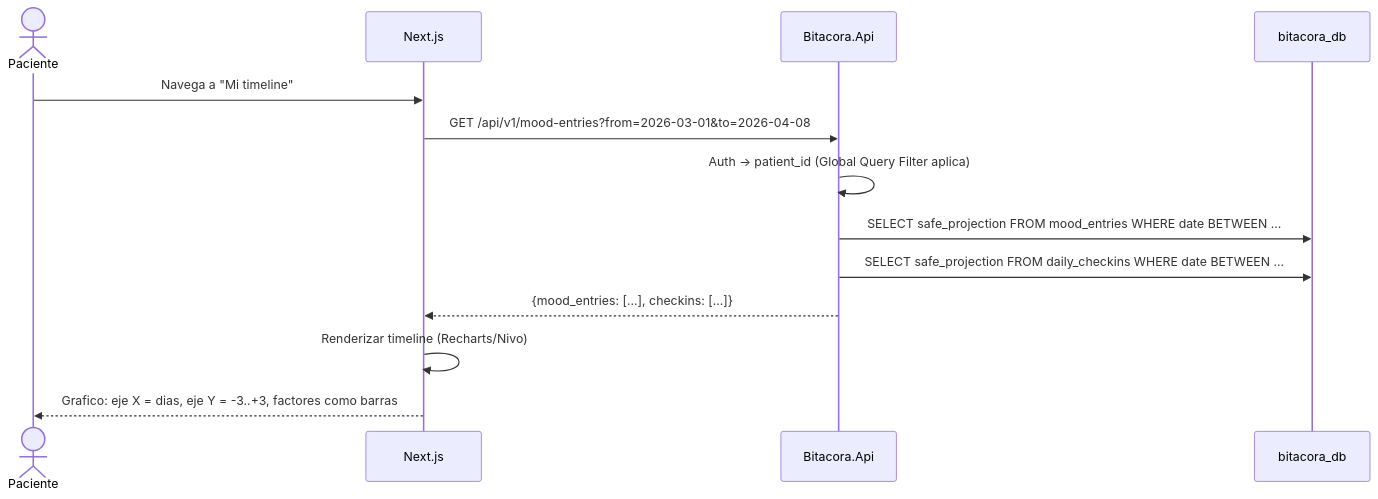
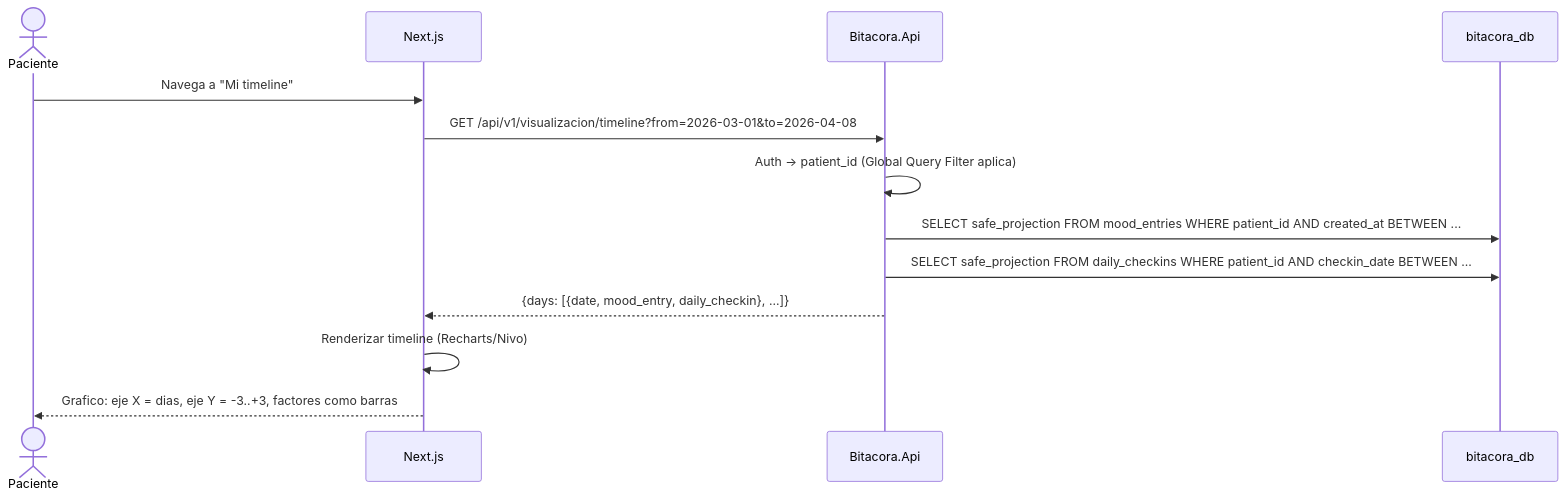
Before and after one commit to fgpaz/bitacora: the diagram in .docs/wiki/03_FL/FL-VIS-01.md, drawn with Mermaid. The commit also changed other lines of this file and 213 other files, not shown here.

````diff
--- a/.docs/wiki/03_FL/FL-VIS-01.md
+++ b/.docs/wiki/03_FL/FL-VIS-01.md
@@ -27,16 +27,16 @@
 ```mermaid
 sequenceDiagram
     actor P as Paciente
     participant WEB as Next.js
     participant API as Bitacora.Api
     participant DB as bitacora_db
 
     P->>WEB: Navega a "Mi timeline"
-    WEB->>API: GET /api/v1/mood-entries?from=2026-03-01&to=2026-04-08
+    WEB->>API: GET /api/v1/visualizacion/timeline?from=2026-03-01&to=2026-04-08
     API->>API: Auth → patient_id (Global Query Filter aplica)
-    API->>DB: SELECT safe_projection FROM mood_entries WHERE date BETWEEN ...
-    API->>DB: SELECT safe_projection FROM daily_checkins WHERE date BETWEEN ...
-    API-->>WEB: {mood_entries: [...], checkins: [...]}
+    API->>DB: SELECT safe_projection FROM mood_entries WHERE patient_id AND created_at BETWEEN ...
+    API->>DB: SELECT safe_projection FROM daily_checkins WHERE patient_id AND checkin_date BETWEEN ...
+    API-->>WEB: {days: [{date, mood_entry, daily_checkin}, ...]}
     WEB->>WEB: Renderizar timeline (Recharts/Nivo)
     WEB-->>P: Grafico: eje X = dias, eje Y = -3..+3, factores como barras
 ```
````
